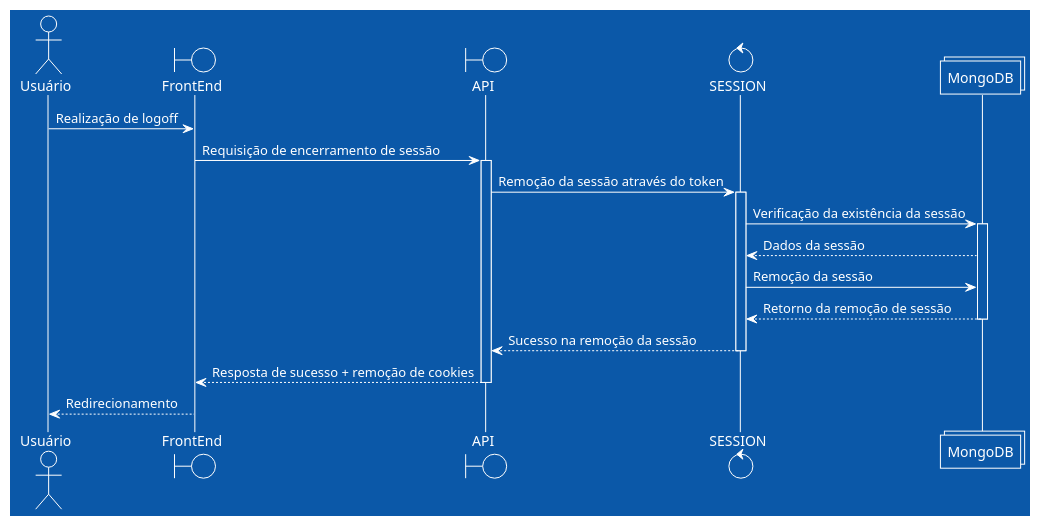
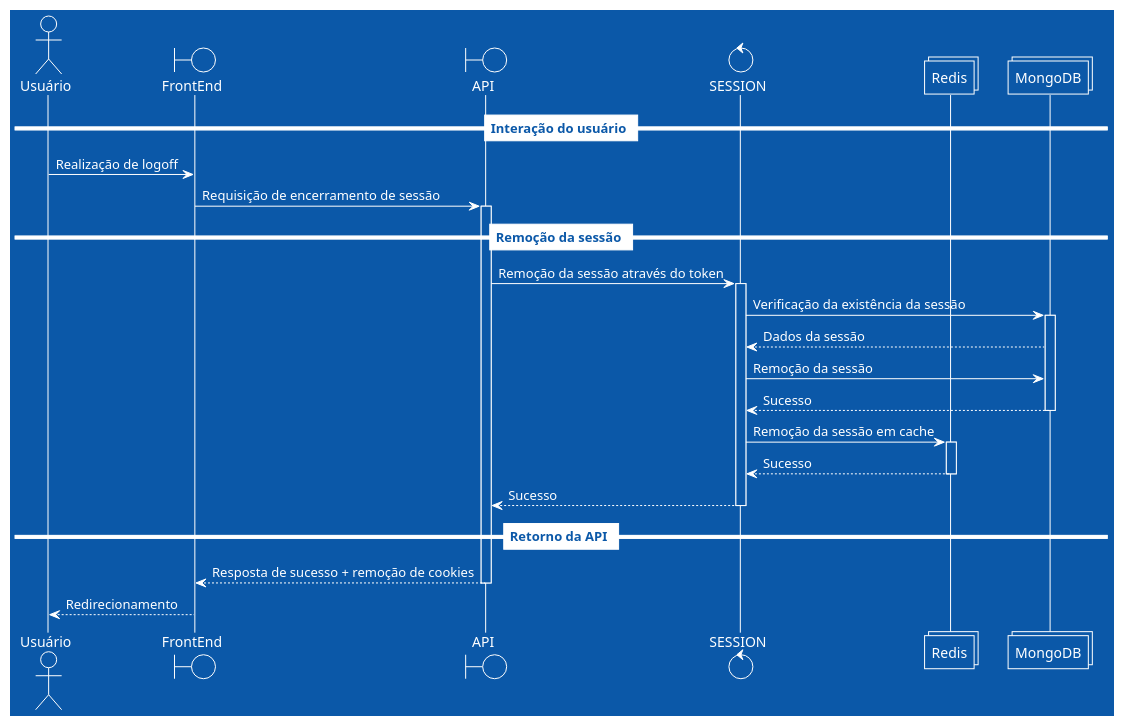
Before and after one commit to Minerva-System/minerva-system: the diagram in docs/src/diagramas/logoff.md, drawn with PlantUML. The commit also changed 4 other files, not shown here.

Commit message:
Modify all sequence diagrams to leverage Redis caching and better formatting

````diff
--- a/docs/src/diagramas/logoff.md
+++ b/docs/src/diagramas/logoff.md
@@ -5,29 +5,41 @@
 ```plantuml
 @startuml
 !theme amiga
-
 actor       Usuário    as ator
 boundary    FrontEnd   as frontend
 boundary    API        as api
 control     SESSION    as session
+collections Redis      as redis
 collections MongoDB    as mongo
+
+== Interação do usuário ==
 
 ator     ->   frontend: Realização de logoff
 frontend ->   api:      Requisição de encerramento de sessão
 activate api
+
+== Remoção da sessão ==
+
 api      ->   session:  Remoção da sessão através do token
 activate session
 session  ->   mongo:    Verificação da existência da sessão
 activate mongo
 session  <--  mongo:    Dados da sessão
 session  ->   mongo:    Remoção da sessão
-session  <--  mongo:    Retorno da remoção de sessão
+session  <--  mongo:    Sucesso
 deactivate mongo
-api      <--  session:  Sucesso na remoção da sessão
+session  ->   redis:    Remoção da sessão em cache
+activate redis
+session  <--  redis:    Sucesso
+deactivate redis
+api      <--  session:  Sucesso
 deactivate session
+
+== Retorno da API ==
+
 frontend <--  api:      Resposta de sucesso + remoção de cookies
 deactivate api
 ator     <--  frontend: Redirecionamento
 
 @enduml
 ```
````
